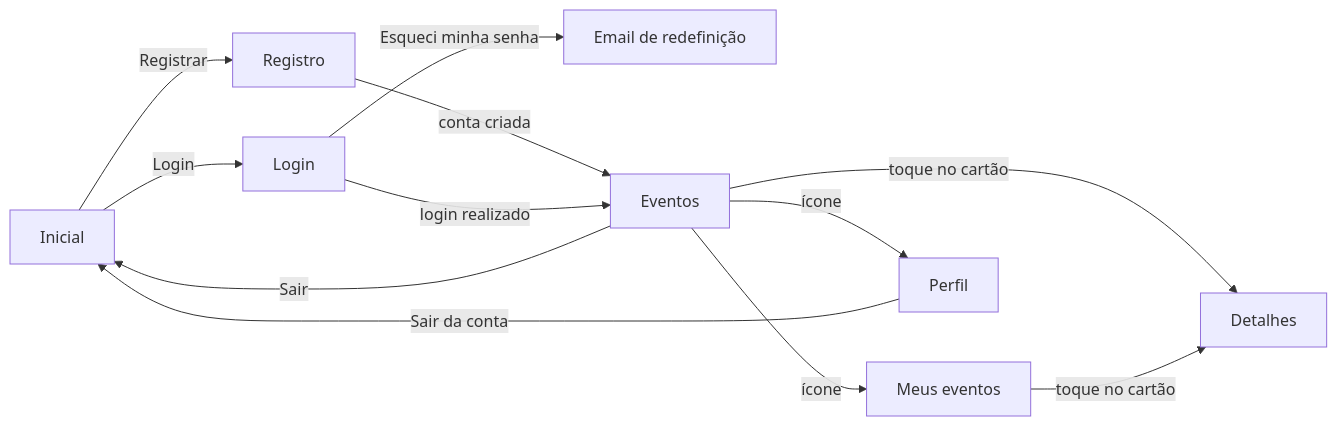
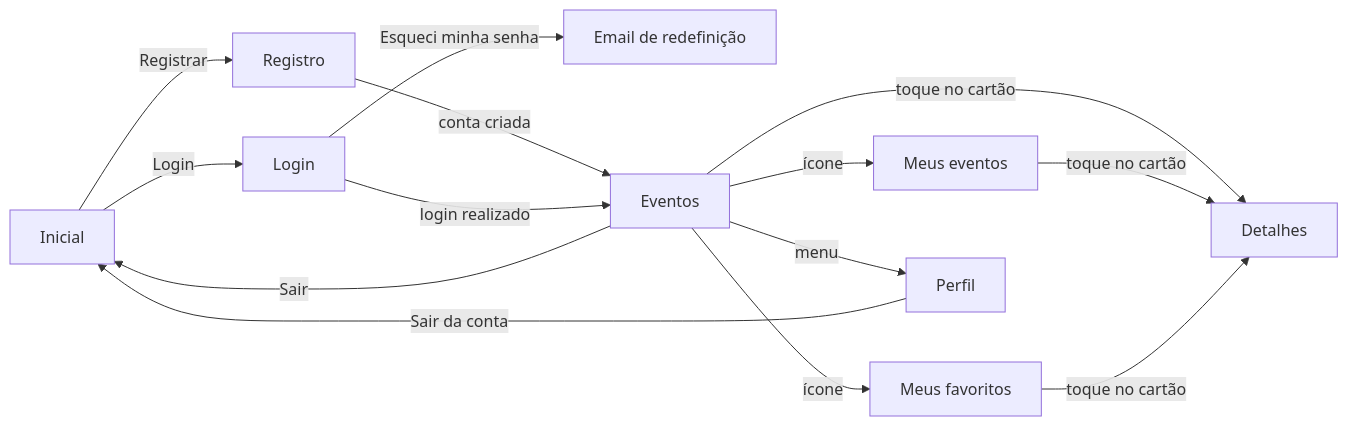
The diagram in README.md (steph-zc/campus-hub), drawn with Mermaid before and after one commit. The commit also changed other lines of this file, not shown here.

````diff
--- a/README.md
+++ b/README.md
@@ -30,14 +45,16 @@
 ```mermaid
 flowchart LR
     Inicial -->|Registrar| Registro
     Inicial -->|Login| Login
     Login -->|Esqueci minha senha| Recuperacao[Email de redefinição]
     Registro -->|conta criada| Eventos
     Login -->|login realizado| Eventos
     Eventos -->|toque no cartão| Detalhes
     Eventos -->|ícone| MeusEventos[Meus eventos]
-    Eventos -->|ícone| Perfil
+    Eventos -->|ícone| MeusFavoritos[Meus favoritos]
+    Eventos -->|menu| Perfil
     MeusEventos -->|toque no cartão| Detalhes
+    MeusFavoritos -->|toque no cartão| Detalhes
     Eventos -->|Sair| Inicial
     Perfil -->|Sair da conta| Inicial
 ```
````
